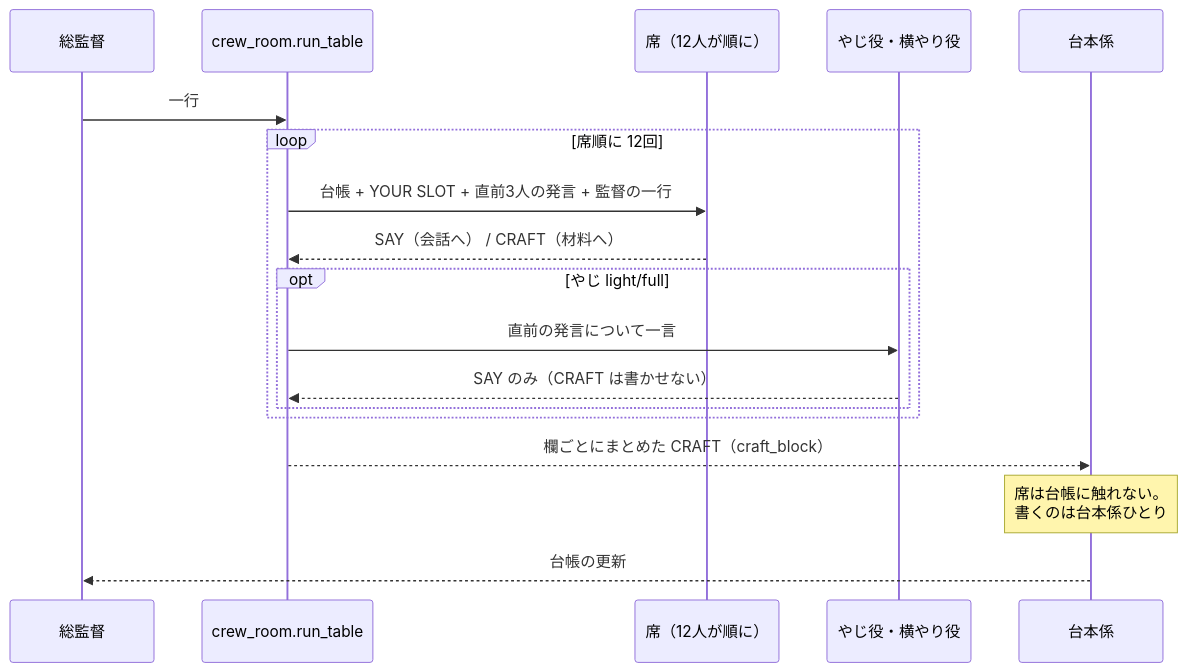
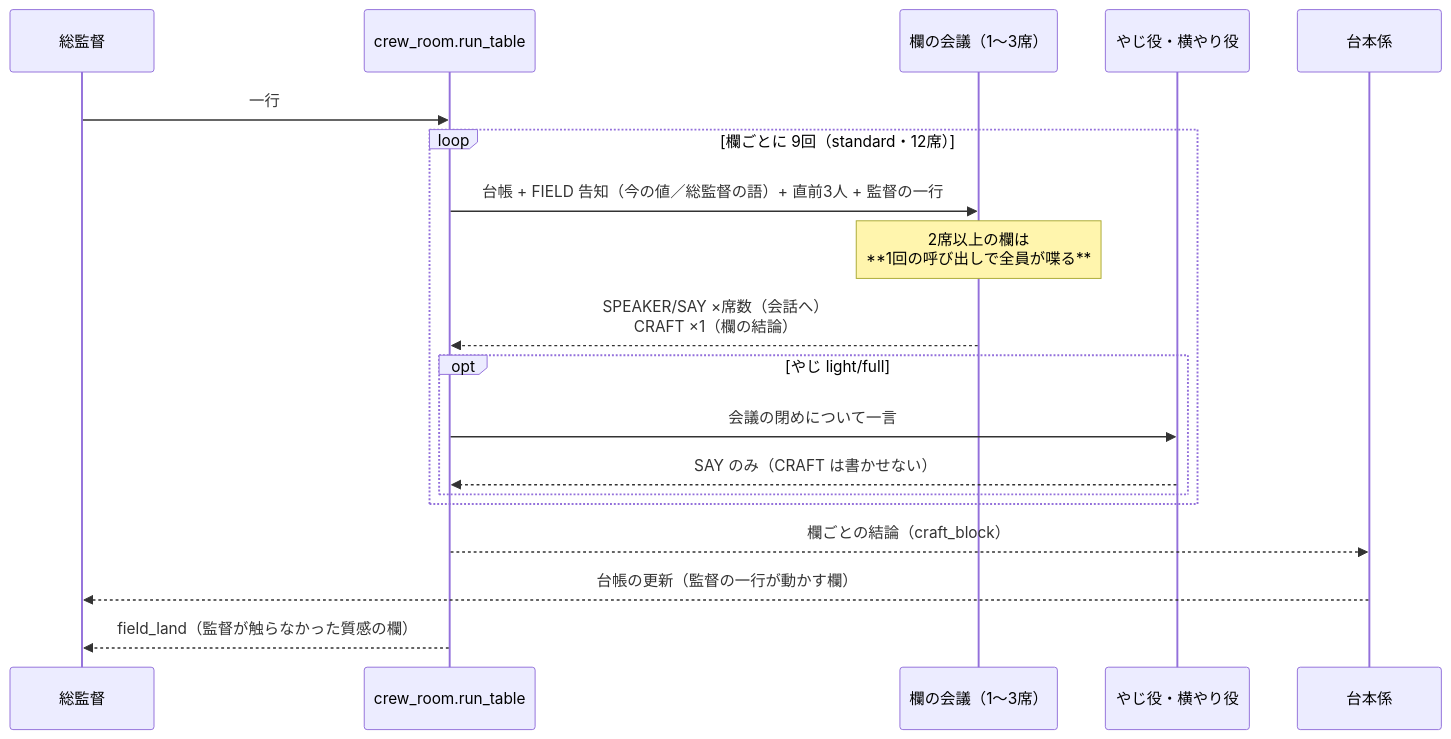
Before and after one commit to ranbell/ranbell_image: the third of 6 diagrams in docs/tech/muse.ja.md, drawn with Mermaid. The commit also changed other lines of this file and 6 other files, not shown here.

````diff
--- a/docs/tech/muse.ja.md
+++ b/docs/tech/muse.ja.md
@@ -85,21 +88,22 @@
 ```mermaid
 sequenceDiagram
     participant D as 総監督
     participant R as crew_room.run_table
-    participant S as 席（12人が順に）
+    participant G as 欄の会議（1〜3席）
     participant B as やじ役・横やり役
     participant W as 台本係
 
     D->>R: 一行
-    loop 席順に 12回
-        R->>S: 台帳 + YOUR SLOT + 直前3人の発言 + 監督の一行
-        S-->>R: SAY（会話へ） / CRAFT（材料へ）
+    loop 欄ごとに 9回（standard・12席）
+        R->>G: 台帳 + FIELD 告知（今の値／総監督の語）+ 直前3人 + 監督の一行
+        Note over G: 2席以上の欄は<br/>**1回の呼び出しで全員が喋る**
+        G-->>R: SPEAKER/SAY ×席数（会話へ）<br/>CRAFT ×1（欄の結論）
         opt やじ light/full
-            R->>B: 直前の発言について一言
+            R->>B: 会議の閉めについて一言
             B-->>R: SAY のみ（CRAFT は書かせない）
         end
     end
-    R-->>W: 欄ごとにまとめた CRAFT（craft_block）
-    Note over W: 席は台帳に触れない。<br/>書くのは台本係ひとり
-    W-->>D: 台帳の更新
+    R-->>W: 欄ごとの結論（craft_block）
+    W-->>D: 台帳の更新（監督の一行が動かす欄）
+    R-->>D: field_land（監督が触らなかった質感の欄）
 ```
````
